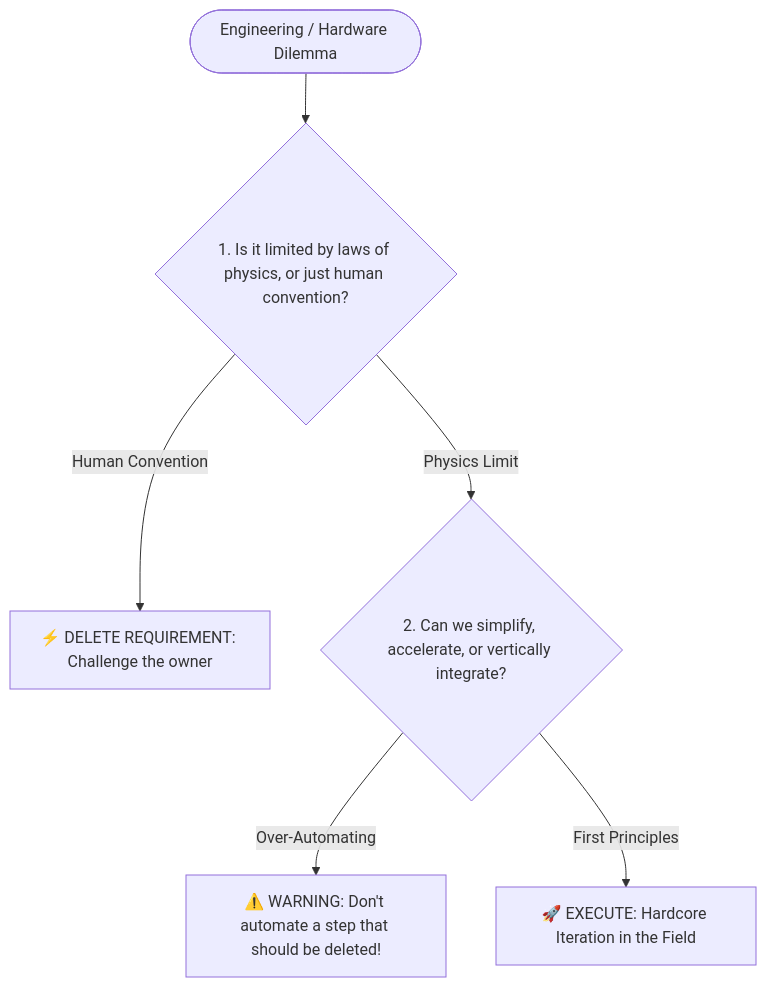
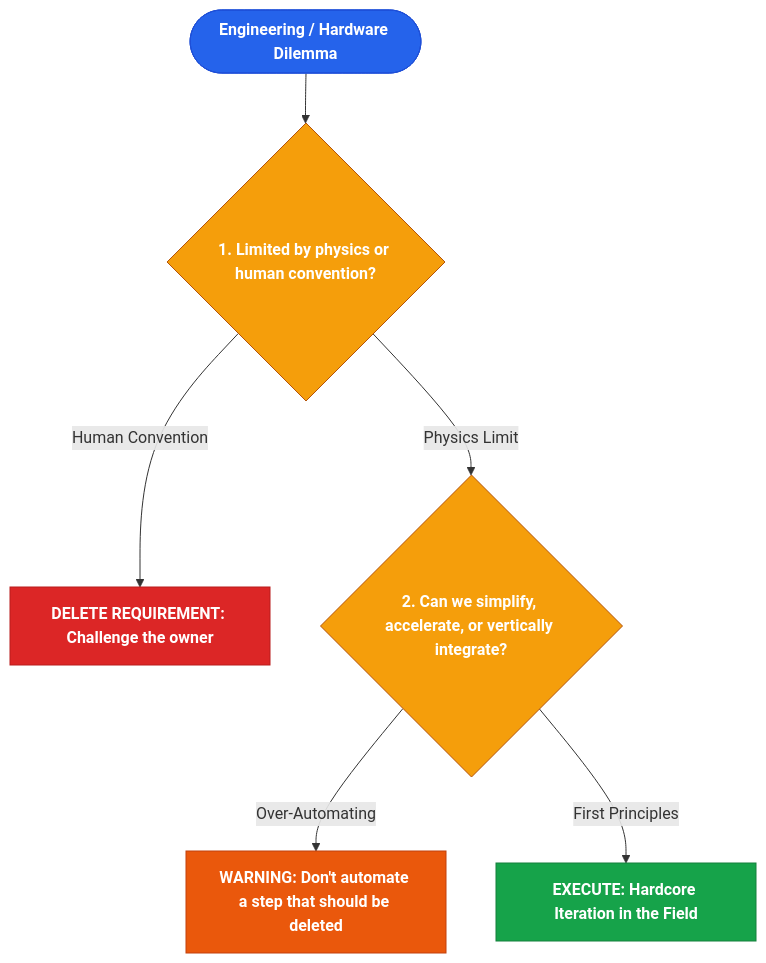
The diagram in profiles/elon-musk.md (DOTfei/borrowed-brain-pro), drawn with Mermaid before and after one commit. The commit also changed 12 other files, not shown here.

First line of the commit message:
Optimize all 11 profile decision trees with color-coded visual hierarchy

````diff
--- a/profiles/elon-musk.md
+++ b/profiles/elon-musk.md
@@ -18,10 +18,16 @@
 ```mermaid
 flowchart TD
-    Idea(["Engineering / Hardware Dilemma"]) --> CheckPhysics{"1. Is it limited by laws of physics, or just human convention?"}
-    
-    CheckPhysics -->|Human Convention| DeleteReq["⚡ DELETE REQUIREMENT: Challenge the owner"]
-    CheckPhysics -->|Physics Limit| Optimize{"2. Can we simplify, accelerate, or vertically integrate?"}
-    
-    Optimize -->|Over-Automating| Fail["⚠️ WARNING: Don't automate a step that should be deleted!"]
-    Optimize -->|First Principles| Execute["🚀 EXECUTE: Hardcore Iteration in the Field"]
+    Start(["Engineering / Hardware Dilemma"]):::start --> Q1{"1. Limited by physics or human convention?"}:::decision
+
+    Q1 -->|Human Convention| D1["DELETE REQUIREMENT: Challenge the owner"]:::danger
+    Q1 -->|Physics Limit| Q2{"2. Can we simplify, accelerate, or vertically integrate?"}:::decision
+
+    Q2 -->|Over-Automating| W1["WARNING: Don't automate a step that should be deleted"]:::warning
+    Q2 -->|First Principles| E1["EXECUTE: Hardcore Iteration in the Field"]:::success
+    classDef start fill:#2563eb,stroke:#1d4ed8,color:#ffffff,font-weight:bold
+    classDef decision fill:#f59e0b,stroke:#b45309,color:#ffffff,font-weight:bold
+    classDef success fill:#16a34a,stroke:#15803d,color:#ffffff,font-weight:bold
+    classDef danger fill:#dc2626,stroke:#b91c1c,color:#ffffff,font-weight:bold
+    classDef warning fill:#ea580c,stroke:#c2410c,color:#ffffff,font-weight:bold
+    classDef action fill:#64748b,stroke:#475569,color:#ffffff,font-weight:bold
 ```
````
